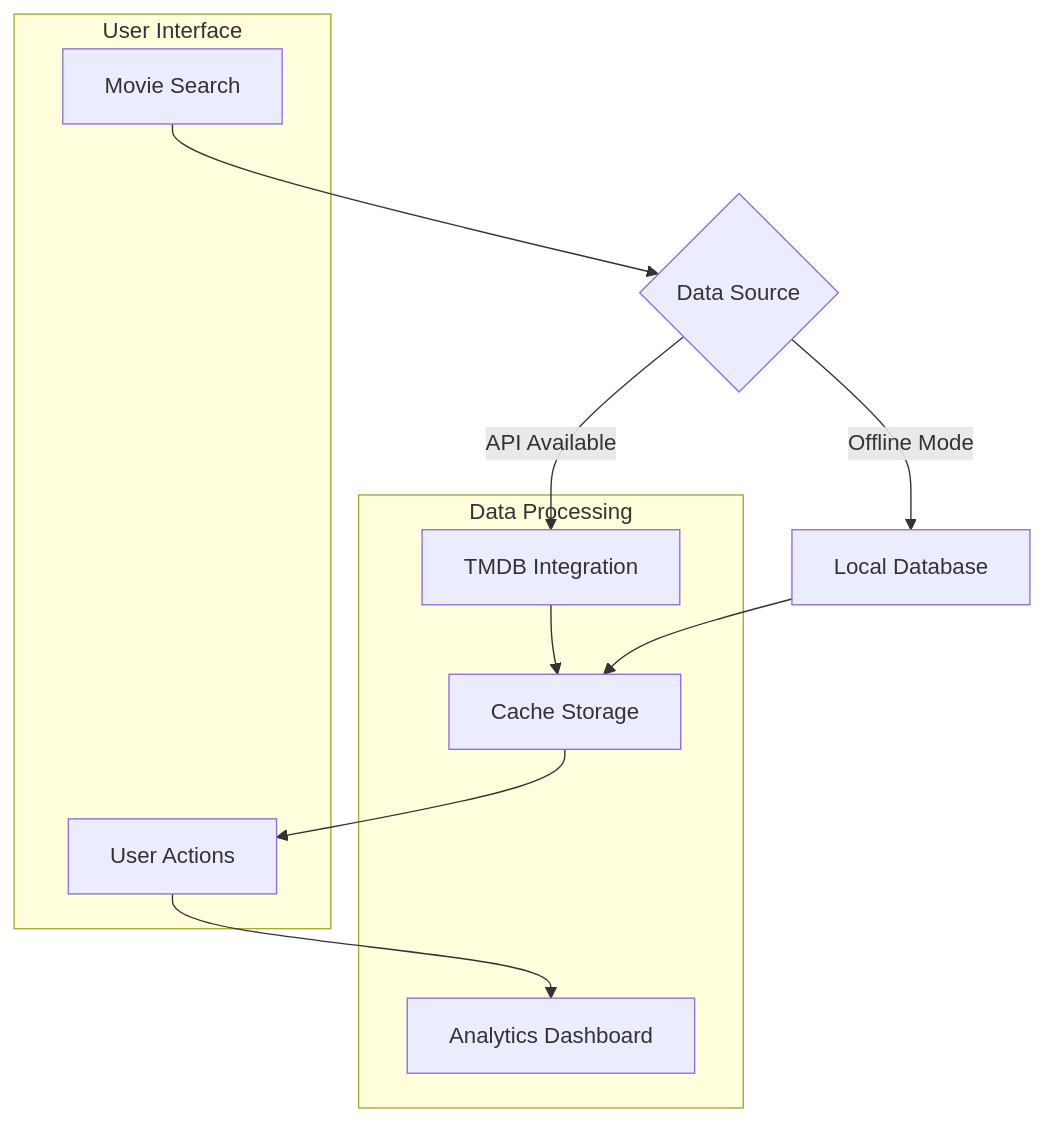
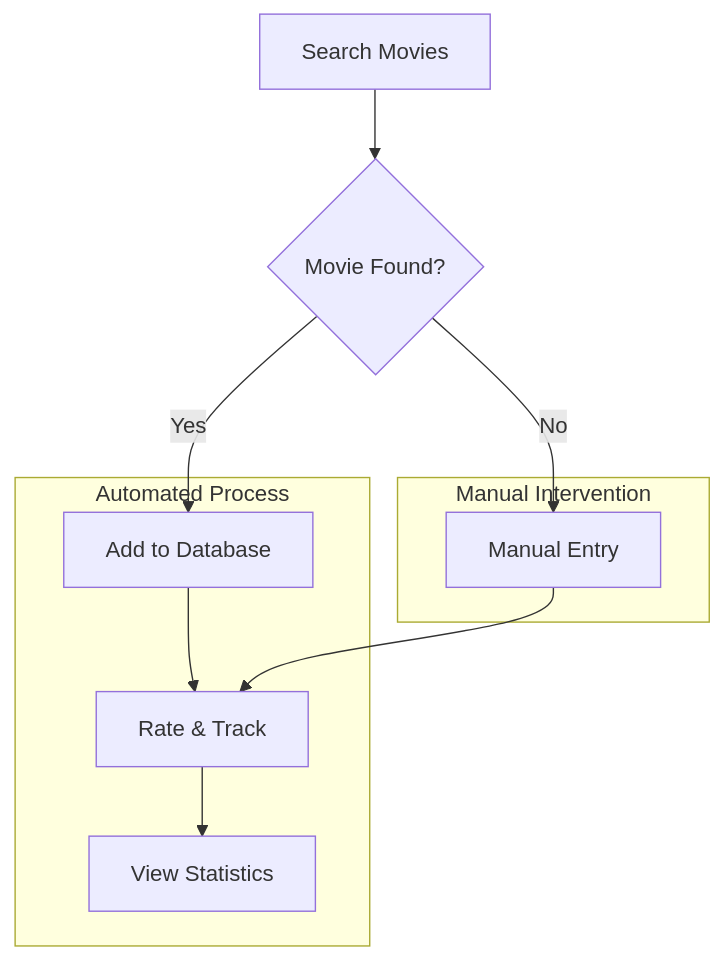
One commit to wryan14/reel-tracker changed the diagram in README.md. Above: the diagram before and after it, drawn with Mermaid. The commit also changed other lines of this file and 64 other files, not shown here.

````diff
--- a/README.md
+++ b/README.md
@@ -15,21 +15,19 @@
 ```mermaid
 flowchart TD
-    A[Movie Search] --> B{Data Source}
-    B -->|API Available| C[TMDB Integration]
-    B -->|Offline Mode| D[Local Database]
-    C --> E[Cache Storage]
+    A[Search Movies] --> B{Movie Found?}
+    B -->|Yes| C[Add to Database]
+    B -->|No| D[Manual Entry]
+    C --> E[Rate & Track]
     D --> E
-    E --> F[User Actions]
-    F --> G[Analytics Dashboard]
+    E --> F[View Statistics]
 
-    subgraph "Data Processing"
+    subgraph "Automated Process"
         C
         E
-        G
+        F
     end
 
-    subgraph "User Interface"
-        A
-        F
+    subgraph "Manual Intervention"
+        D
     end
 ```
````
